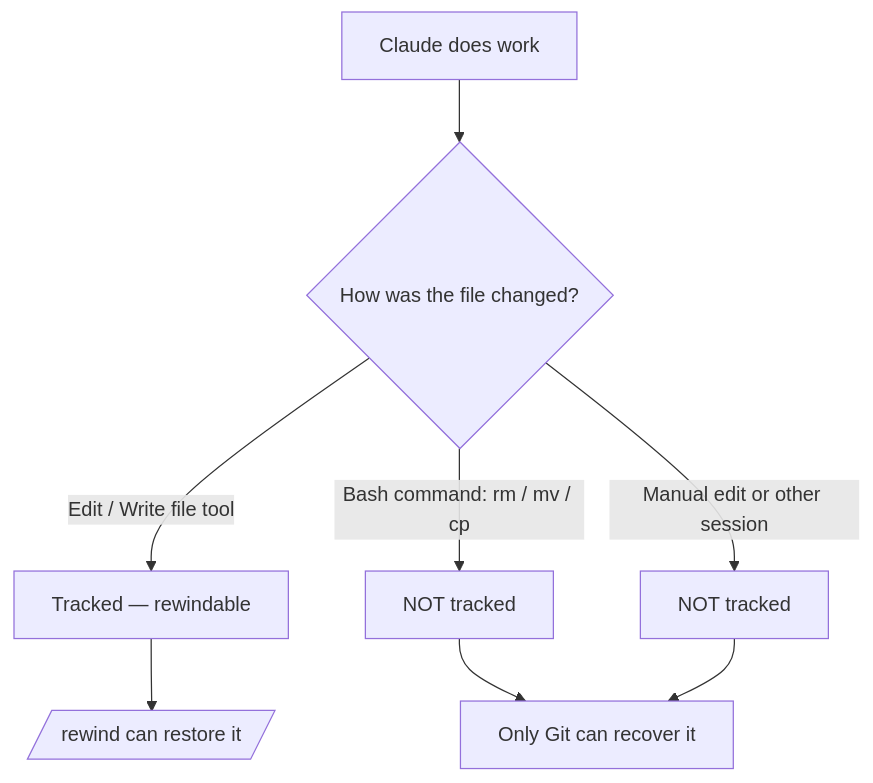
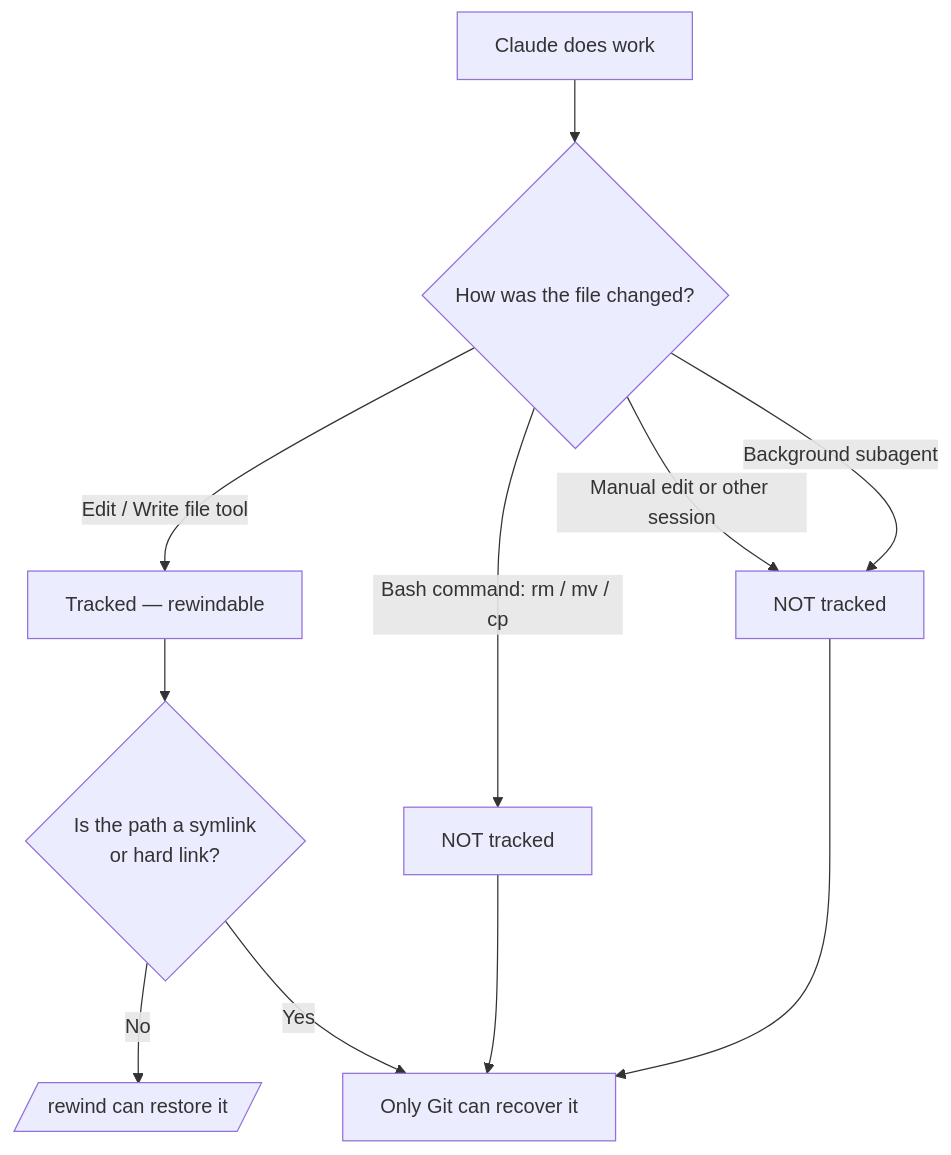
The diagram in docs/claude-code/checkpoints-and-rewind.mdx (derob98/ailmanac), drawn with Mermaid before and after one commit. The commit also changed other lines of this file and 7 other files, not shown here.

````diff
--- a/docs/claude-code/checkpoints-and-rewind.mdx
+++ b/docs/claude-code/checkpoints-and-rewind.mdx
@@ -74,10 +78,13 @@
 ```mermaid
 flowchart TD
     A[Claude does work] --> B{How was the file changed?}
     B -->|Edit / Write file tool| C[Tracked — rewindable]
     B -->|Bash command: rm / mv / cp| D[NOT tracked]
     B -->|Manual edit or other session| E[NOT tracked]
-    C --> F[/rewind can restore it/]
-    D --> G[Only Git can recover it]
+    B -->|Background subagent| E
+    C --> H{Is the path a symlink<br/>or hard link?}
+    H -->|No| F[/rewind can restore it/]
+    H -->|Yes| G[Only Git can recover it]
+    D --> G
     E --> G
 ```
````
